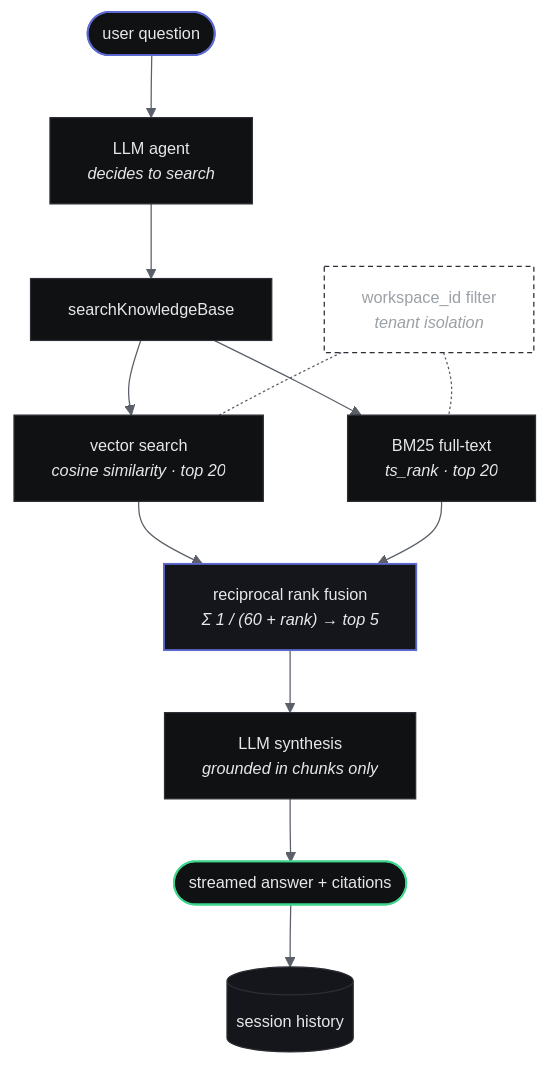
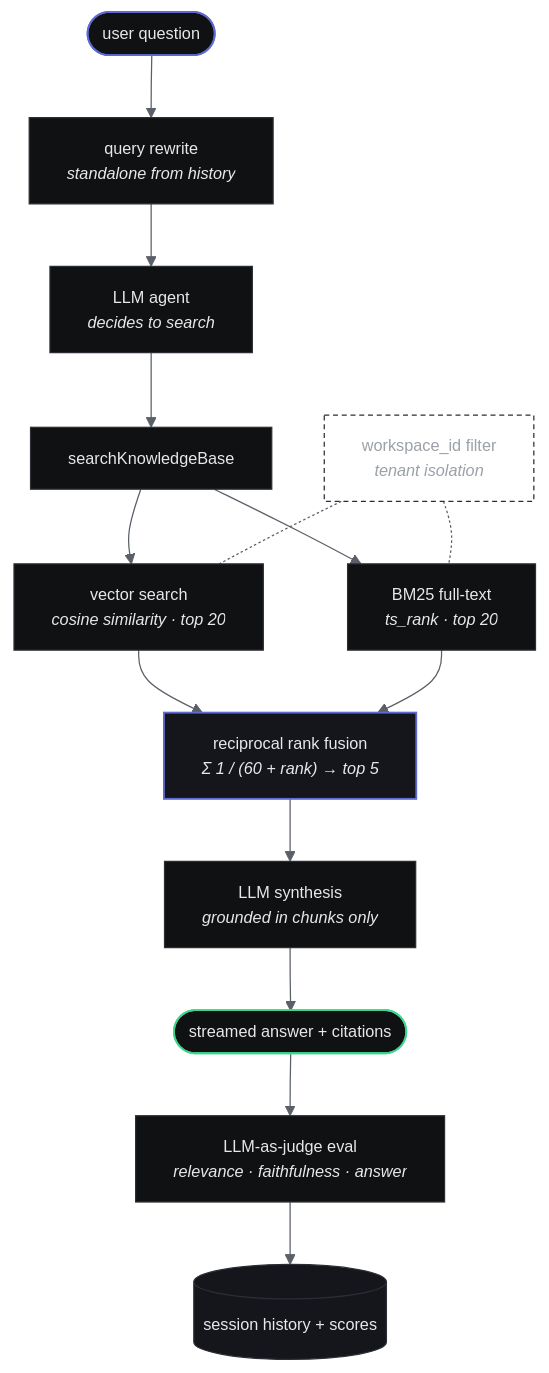
One commit to itsyashbisht/IntelliVault-Enterprise changed the third of 5 diagrams in README.md. Above: the diagram before and after it, drawn with Mermaid. The commit also changed other lines of this file, not shown here.

First line of the commit message:
feat: enhance README with multi-format ingestion, contextual chunking, and query rewriting details

````diff
--- a/README.md
+++ b/README.md
@@ -117,30 +122,32 @@
 ```mermaid
 %%{init: {"theme":"base","themeVariables":{"fontFamily":"Inter, Segoe UI, sans-serif","fontSize":"13px","primaryColor":"#101113","primaryTextColor":"#e6e8ea","primaryBorderColor":"#2b2e34","lineColor":"#5a5f68","edgeLabelBackground":"#0b0c0e"},"flowchart":{"curve":"basis","nodeSpacing":42,"rankSpacing":50}}}%%
 flowchart TD
-    A(["user question"]) --> B["LLM agent<br/><i>decides to search</i>"]
+    A(["user question"]) --> QR["query rewrite<br/><i>standalone from history</i>"]
+    QR --> B["LLM agent<br/><i>decides to search</i>"]
     B --> C["searchKnowledgeBase"]
 
     C --> D["vector search<br/><i>cosine similarity · top 20</i>"]
     C --> E["BM25 full-text<br/><i>ts_rank · top 20</i>"]
 
     W["workspace_id filter<br/><i>tenant isolation</i>"] -.- D
     W -.- E
 
     D --> F["reciprocal rank fusion<br/><i>Σ 1 / (60 + rank) → top 5</i>"]
     E --> F
 
     F --> G["LLM synthesis<br/><i>grounded in chunks only</i>"]
     G --> H(["streamed answer + citations"])
-    H --> I[("session history")]
+    H --> EV["LLM-as-judge eval<br/><i>relevance · faithfulness · answer</i>"]
+    EV --> I[("session history + scores")]
 
     classDef entry stroke:#5e6ad2,stroke-width:1.5px
     classDef fuse fill:#15161b,stroke:#5e6ad2,stroke-width:1.5px
     classDef guard fill:transparent,stroke:#2b2e34,stroke-dasharray:4 3,color:#9ba1a6
     classDef exit stroke:#3dd68c,stroke-width:1.5px
     classDef store fill:#15161b,stroke:#2b2e34
     class A entry
     class F fuse
     class W guard
     class H exit
     class I store
 ```
````
